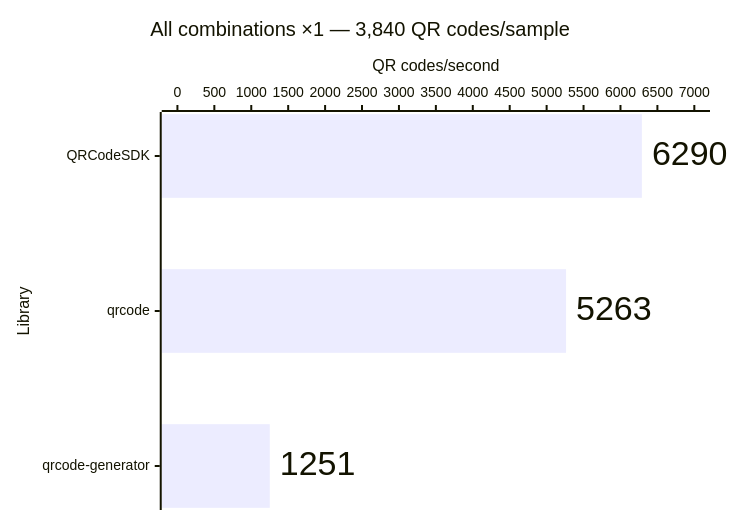
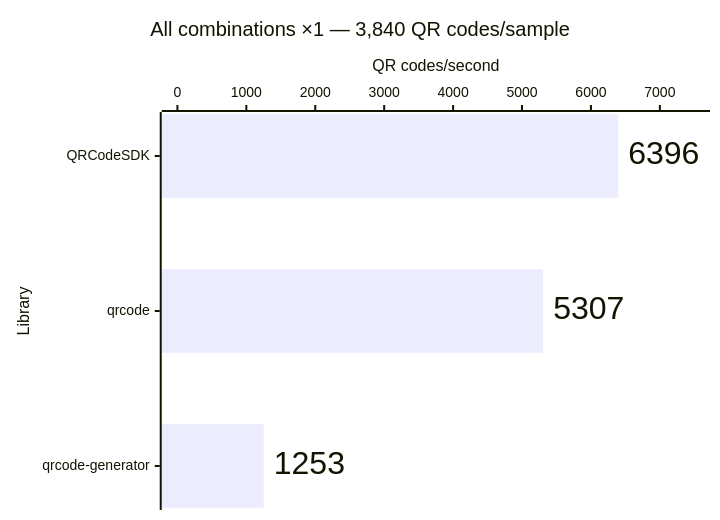
One commit to Dafnik/qrcodesdk changed the fourth of 14 diagrams in apps/docs/src/content/docs/learn/performance.md. Above: the diagram before and after it, drawn with Mermaid. The commit also changed other lines of this file and 381 other files, not shown here.

````diff
--- a/apps/docs/src/content/docs/learn/performance.md
+++ b/apps/docs/src/content/docs/learn/performance.md
@@ -77,15 +77,15 @@
 ```mermaid
 ---
 config:
   xyChart:
     showDataLabel: true
     showDataLabelOutsideBar: true
 ---
 xychart horizontal
   accTitle: Matrix generation: All combinations ×1 — 3,840 QR codes/sample
-  accDescr: Throughput calculated from median time. QRCodeSDK 6,290 QR codes per second, qrcode 5,263 QR codes per second, qrcode-generator 1,251 QR codes per second. Higher is better.
+  accDescr: Throughput calculated from median time. QRCodeSDK 6,396 QR codes per second, qrcode 5,307 QR codes per second, qrcode-generator 1,253 QR codes per second. Higher is better.
   title "All combinations ×1 — 3,840 QR codes/sample"
   x-axis "Library" ["QRCodeSDK", "qrcode", "qrcode-generator"]
-  y-axis "QR codes/second" 0 --> 7000
-  bar [6290, 5263, 1251]
+  y-axis "QR codes/second" 0 --> 7500
+  bar [6396, 5307, 1253]
 ```
````
